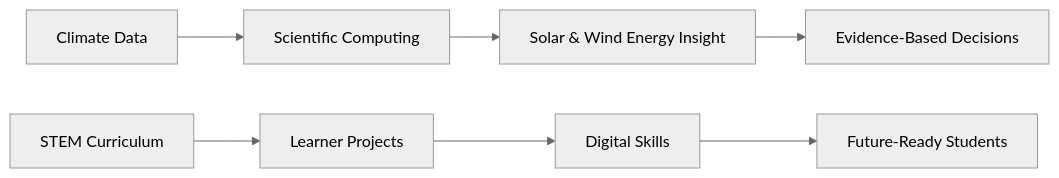
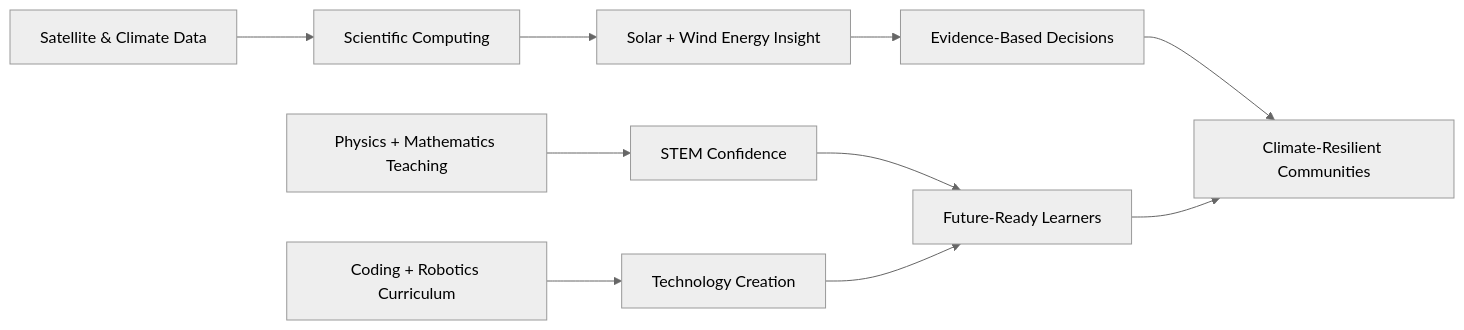
The second of 2 diagrams in README.md (babatundeawo/babatundeawo), drawn with Mermaid (neutral theme) before and after one commit. The commit also changed other lines of this file, not shown here.

````diff
--- a/README.md
+++ b/README.md
@@ -316,9 +455,12 @@
 ```mermaid
 graph LR
-  A[Climate Data] --> B[Scientific Computing]
-  B --> C[Solar & Wind Energy Insight]
-  D[STEM Curriculum] --> E[Learner Projects]
-  E --> F[Digital Skills]
-  C --> G[Evidence-Based Decisions]
-  F --> H[Future-Ready Students]
+  A[Satellite & Climate Data] --> B[Scientific Computing]
+  B --> C[Solar + Wind Energy Insight]
+  C --> D[Evidence-Based Decisions]
+  E[Physics + Mathematics Teaching] --> F[STEM Confidence]
+  F --> G[Future-Ready Learners]
+  H[Coding + Robotics Curriculum] --> I[Technology Creation]
+  I --> G
+  D --> J[Climate-Resilient Communities]
+  G --> J
 ```
````
